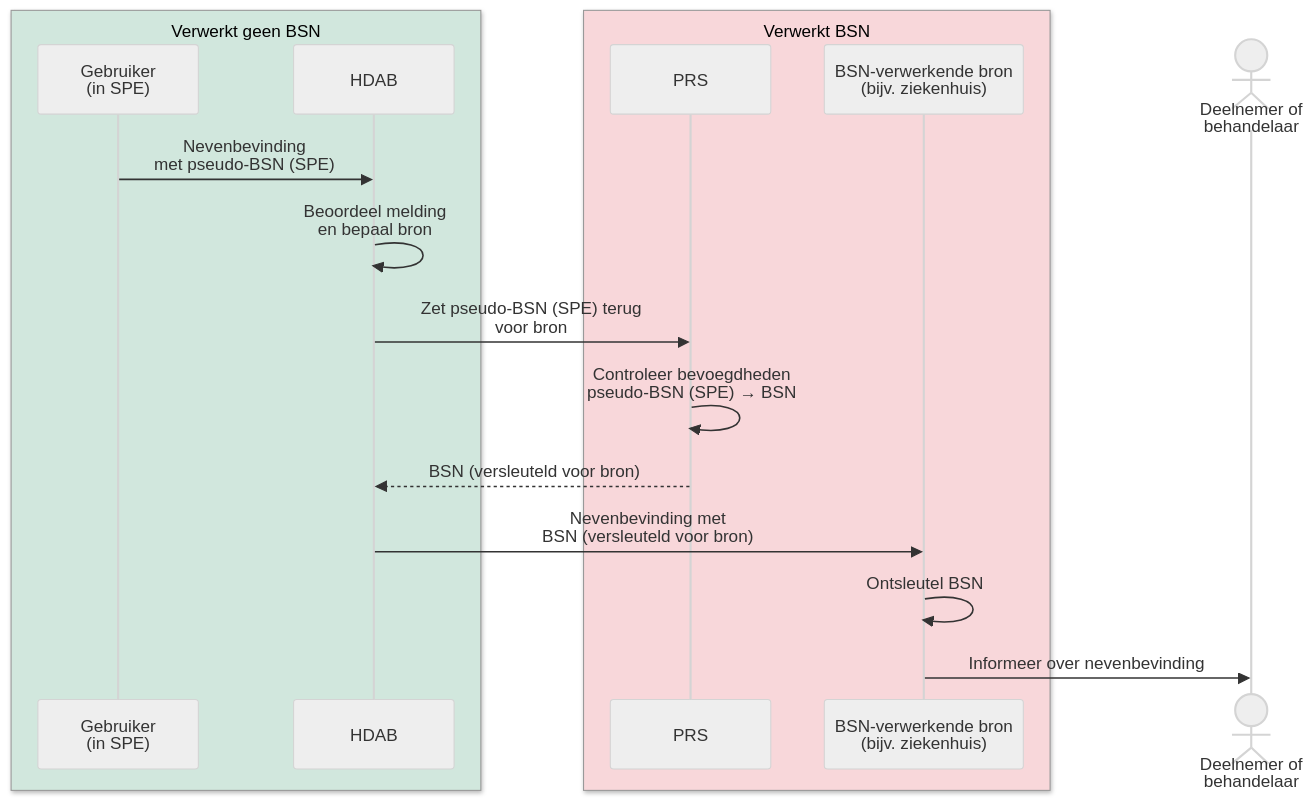
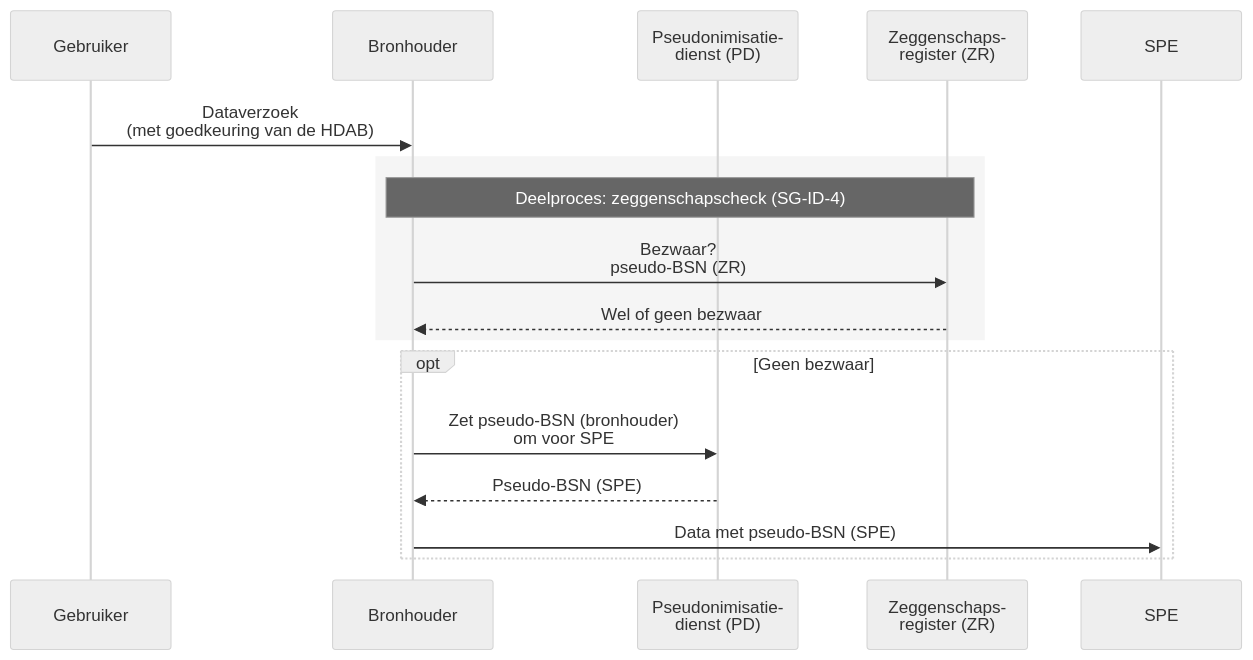
One commit to minvws/generiekefuncties-docs changed the ninth of 9 diagrams in input/pagecontent/identification-sg.md. Above: the diagram before and after it, drawn with Mermaid (neutral theme). The commit also changed other lines of this file and 1 other file, not shown here.

````diff
--- a/input/pagecontent/identification-sg.md
+++ b/input/pagecontent/identification-sg.md
@@ -425,21 +385,20 @@
 ```mermaid
 sequenceDiagram
-    box rgb(209,231,221) Verwerkt geen BSN
-        participant spe as Gebruiker<br/>(in SPE)
-        participant hdab as HDAB
+    participant gebruiker as Gebruiker
+    participant bronhouder as Bronhouder
+    participant pd as Pseudonimisatie-<br/>dienst (PD)
+    participant zr as Zeggenschaps-<br/>register (ZR)
+    participant spe as SPE
+
+    gebruiker->>bronhouder: Dataverzoek<br/>(met goedkeuring van de HDAB)
+    rect rgb(245,245,245)
+        note over bronhouder,zr: Deelproces: zeggenschapscheck (SG-ID-4)
+        bronhouder->>zr: Bezwaar?<br/>pseudo-BSN (ZR)
+        zr-->>bronhouder: Wel of geen bezwaar
     end
-    box rgb(248,215,218) Verwerkt BSN
-        participant prs as PRS
-        participant bron as BSN-verwerkende bron<br/>(bijv. ziekenhuis)
+    opt Geen bezwaar
+        bronhouder->>pd: Zet pseudo-BSN (bronhouder)<br/>om voor SPE
+        pd-->>bronhouder: Pseudo-BSN (SPE)
+        bronhouder->>spe: Data met pseudo-BSN (SPE)
     end
-    actor deelnemer as Deelnemer of<br/>behandelaar
-
-    spe->>hdab: Nevenbevinding<br/>met pseudo-BSN (SPE)
-    hdab->>hdab: Beoordeel melding<br/>en bepaal bron
-    hdab->>prs: Zet pseudo-BSN (SPE) terug<br/>voor bron
-    prs->>prs: Controleer bevoegdheden<br/>pseudo-BSN (SPE) → BSN
-    prs-->>hdab: BSN (versleuteld voor bron)
-    hdab->>bron: Nevenbevinding met<br/>BSN (versleuteld voor bron)
-    bron->>bron: Ontsleutel BSN
-    bron->>deelnemer: Informeer over nevenbevinding
 ```
````
